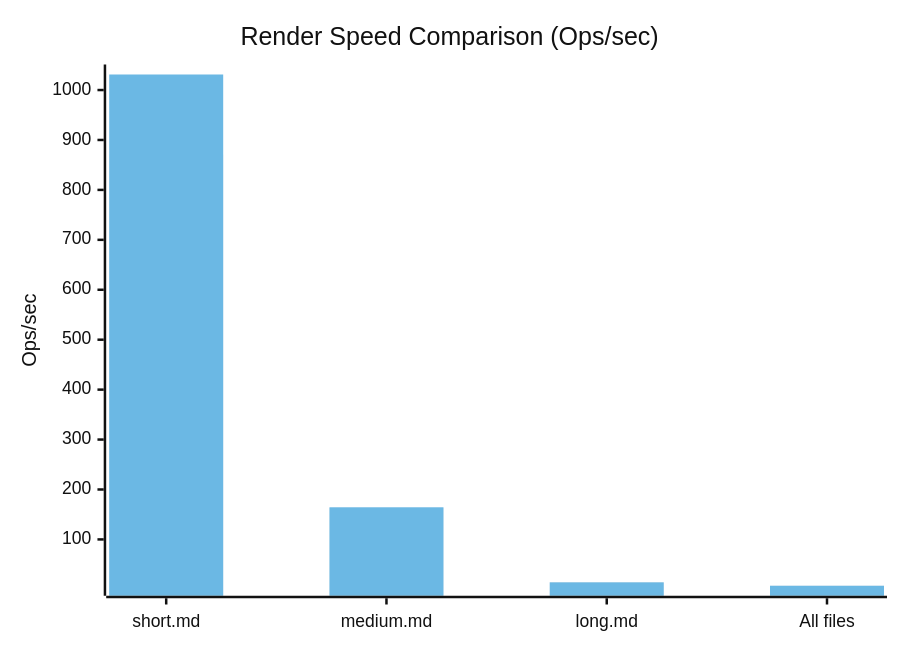
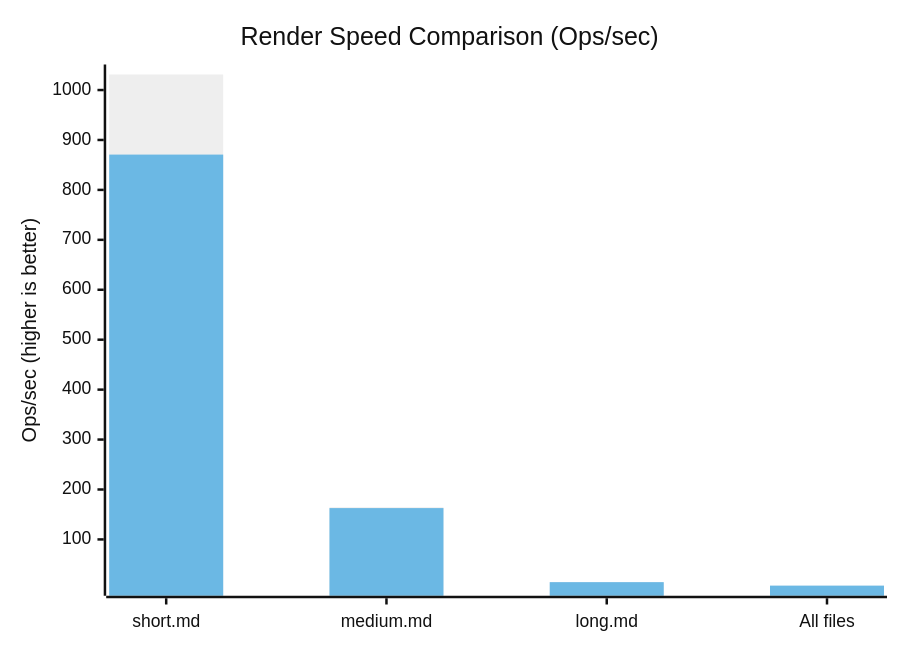
One commit to md2docx/react-markdown changed the fifth of 6 diagrams in benchmark.md. Above: the diagram before and after it, drawn with Mermaid (neutral theme). The commit also changed other lines of this file and 1 other file, not shown here.

Commit message:
fix: update benchmark writer to correct order of libraries and enhance markdown output

````diff
--- a/benchmark.md
+++ b/benchmark.md
@@ -207,8 +207,8 @@
 ```mermaid
 xychart-beta
     title "Render Speed Comparison (Ops/sec)"
     x-axis ["short.md", "medium.md", "long.md", "All files"]
-    y-axis "Ops/sec"
+    y-axis "Ops/sec (higher is better)"
+    bar [1031.1096191025754, 164.37514683723185, 14.019699516469753, 7.222618931254631]  %% react-markdown
     bar [870.7057124894626, 162.7275824271953, 14.424855249949237, 7.460295281142587]  %% @m2d/react-markdown
-    bar [1031.1096191025754, 164.37514683723185, 14.019699516469753, 7.222618931254631]  %% react-markdown
 ```
````
